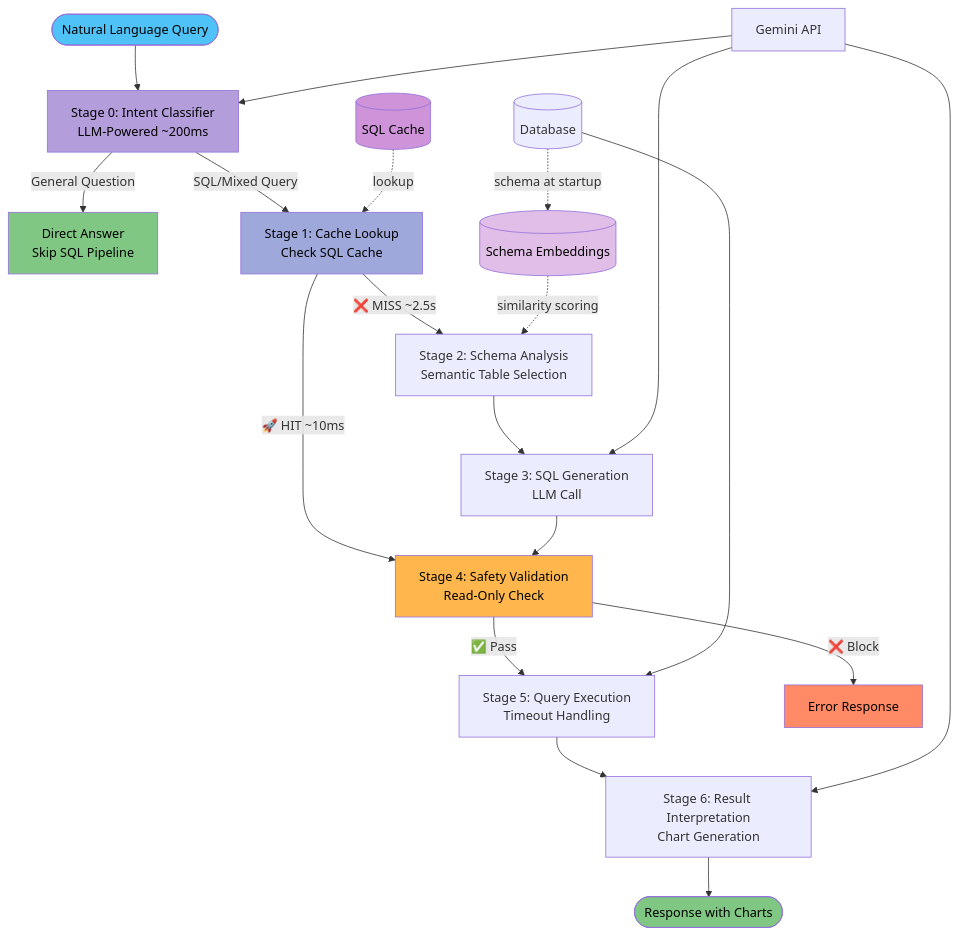
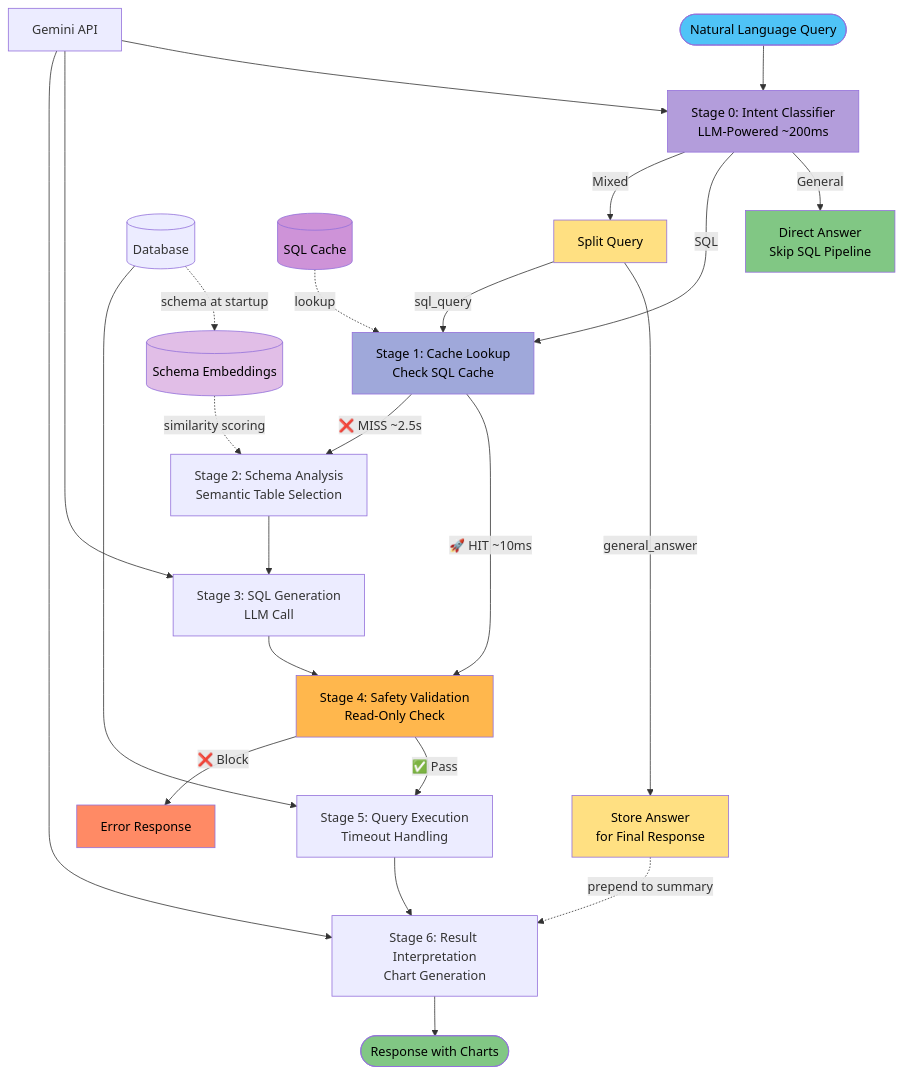
One commit to keo571/netquery changed the diagram in README.md. Above: the diagram before and after it, drawn with Mermaid.

Commit message:
docs: Update mermaid chart to show mixed query handling
Show how mixed queries are split into general_answer (stored) and
sql_query (goes through SQL pipeline), then combined in final response.

🤖 Generated with [Claude Code](https://claude.com/claude-code)

````diff
--- a/README.md
+++ b/README.md
@@ -9,34 +9,41 @@
 ```mermaid
 flowchart TD
     A([Natural Language Query]) --> IC[Stage 0: Intent Classifier<br/>LLM-Powered ~200ms]
-    IC -->|General Question| GA[Direct Answer<br/>Skip SQL Pipeline]
-    IC -->|SQL/Mixed Query| CL[Stage 1: Cache Lookup<br/>Check SQL Cache]
+    IC -->|General| GA[Direct Answer<br/>Skip SQL Pipeline]
+    IC -->|SQL| CL[Stage 1: Cache Lookup<br/>Check SQL Cache]
+    IC -->|Mixed| SPLIT[Split Query]
+
+    SPLIT -->|general_answer| STORE[Store Answer<br/>for Final Response]
+    SPLIT -->|sql_query| CL
 
     CL -->|🚀 HIT ~10ms| V[Stage 4: Safety Validation<br/>Read-Only Check]
     CL -->|❌ MISS ~2.5s| B[Stage 2: Schema Analysis<br/>Semantic Table Selection]
 
     B --> C[Stage 3: SQL Generation<br/>LLM Call]
     C --> V
     V -->|✅ Pass| E[Stage 5: Query Execution<br/>Timeout Handling]
     V -->|❌ Block| H[Error Response]
     E --> F[Stage 6: Result Interpretation<br/>Chart Generation]
+    STORE -.->|prepend to summary| F
     F --> G([Response with Charts])
 
     DB[(Database)] -.->|schema at startup| SCHEMA_CACHE
     SCHEMA_CACHE[(Schema Embeddings)] -.->|similarity scoring| B
     SQL_CACHE[(SQL Cache)] -.->|lookup| CL
     LLM[Gemini API] --> IC
     LLM[Gemini API] --> C
     LLM[Gemini API] --> F
     DB --> E
 
     style A fill:#4FC3F7,color:#000
     style IC fill:#B39DDB,color:#000
     style CL fill:#9FA8DA,color:#000
     style G fill:#81C784,color:#000
     style GA fill:#81C784,color:#000
     style H fill:#FF8A65,color:#000
     style V fill:#FFB74D,color:#000
     style SCHEMA_CACHE fill:#E1BEE7,color:#000
     style SQL_CACHE fill:#CE93D8,color:#000
+    style SPLIT fill:#FFE082,color:#000
+    style STORE fill:#FFE082,color:#000
 ```
````
